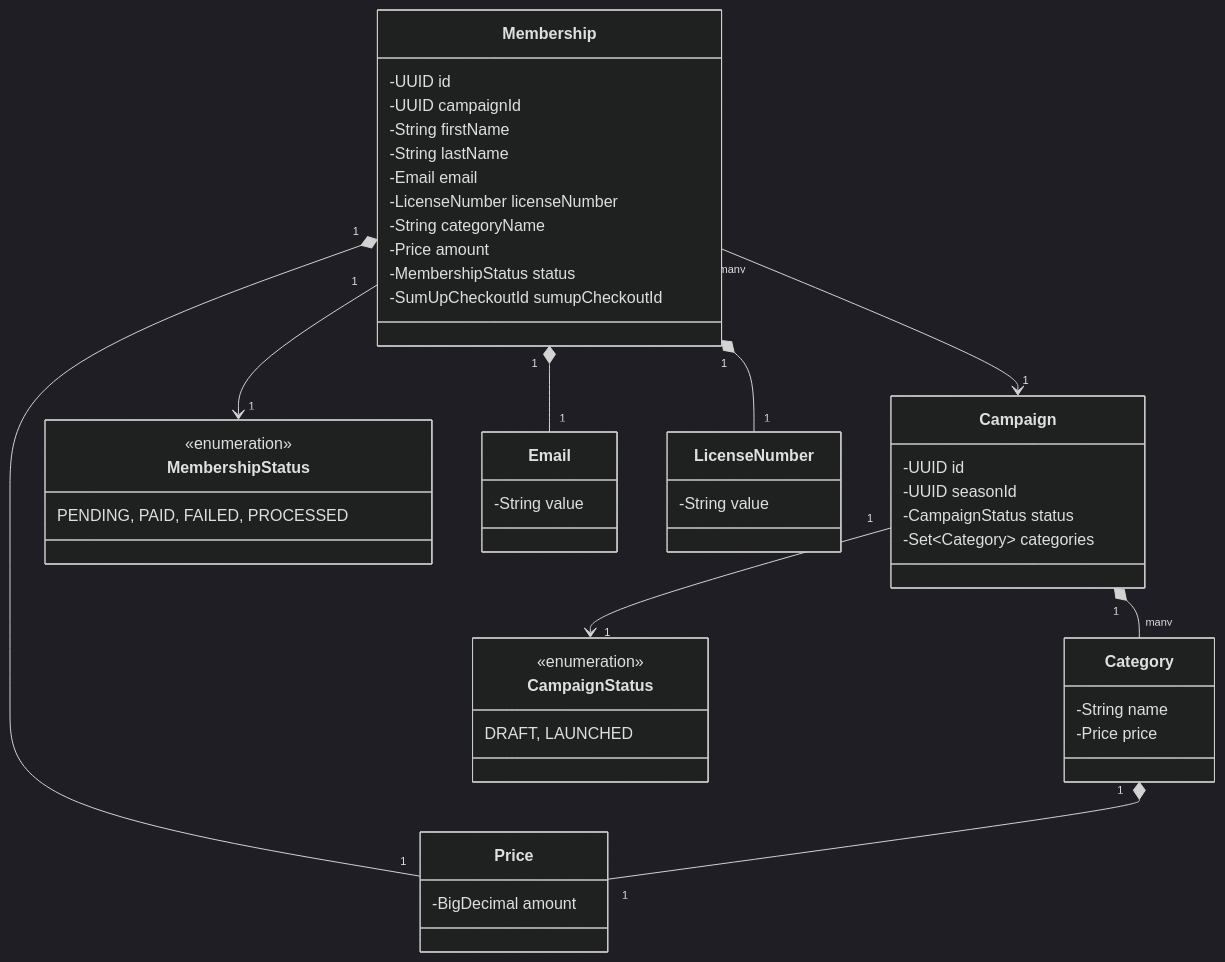
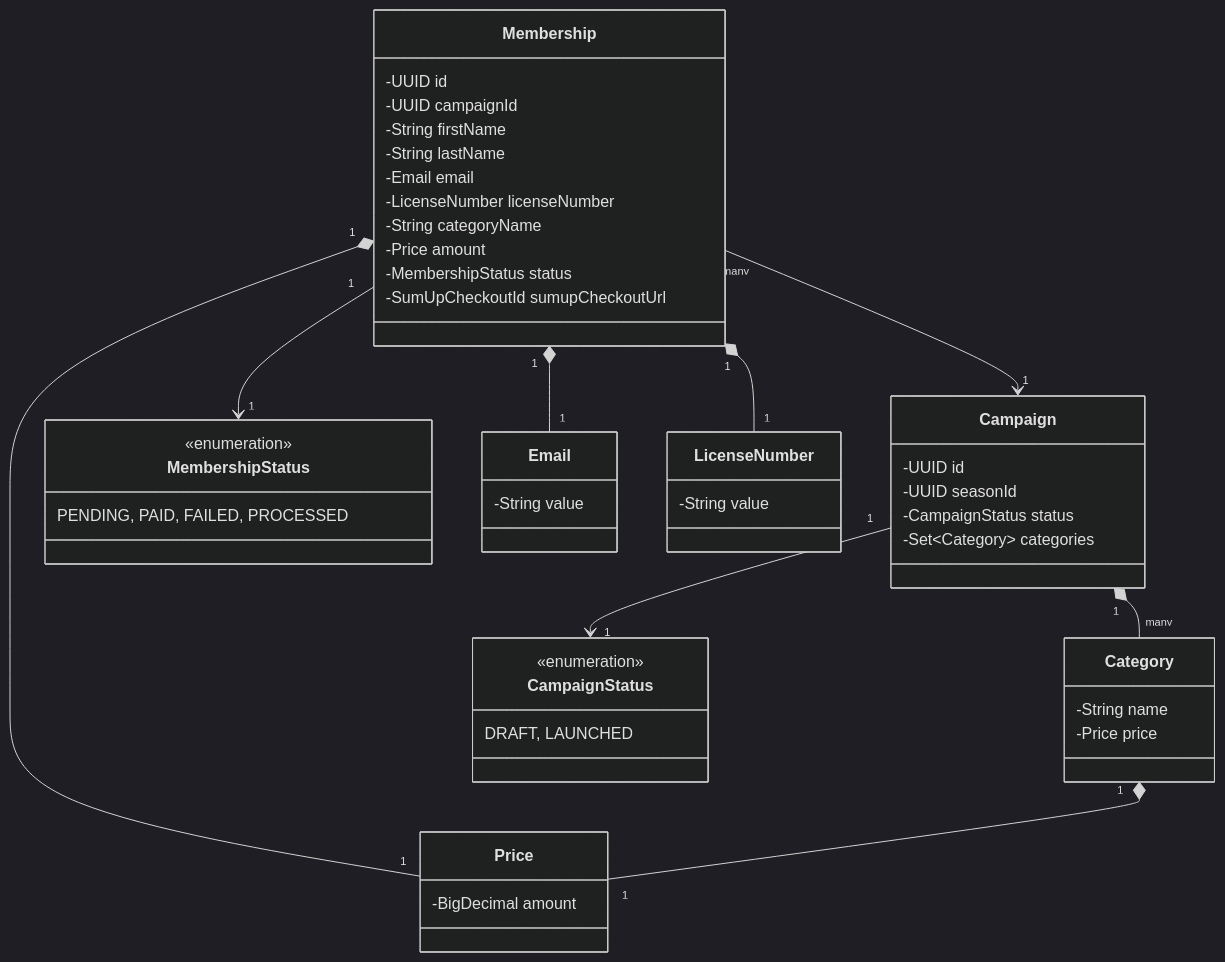
Before and after one commit to bbsebb/ashs-new: diagram 11 of 44 in docs/design_document.md, drawn with Mermaid (dark theme). The commit also changed 28 other files, not shown here.

````diff
--- a/docs/design_document.md
+++ b/docs/design_document.md
@@ -276,51 +276,51 @@
 ```mermaid
 classDiagram
     class Campaign {
         -UUID id
         -UUID seasonId
         -CampaignStatus status
         -Set~Category~ categories
     }
     class Category {
         -String name
         -Price price
     }
     class Membership {
         -UUID id
         -UUID campaignId
         -String firstName
         -String lastName
         -Email email
         -LicenseNumber licenseNumber
         -String categoryName
         -Price amount
         -MembershipStatus status
-        -SumUpCheckoutId sumupCheckoutId
+        -SumUpCheckoutId sumupCheckoutUrl
     }
     class CampaignStatus {
         <<enumeration>>
         DRAFT, LAUNCHED
     }
     class MembershipStatus {
         <<enumeration>>
         PENDING, PAID, FAILED, PROCESSED
     }
     class Price {
         -BigDecimal amount
     }
     class Email {
         -String value
     }
     class LicenseNumber {
         -String value
     }
 
     Campaign "1" *-- "many" Category
     Campaign "1" --> "1" CampaignStatus
     Membership "many" --> "1" Campaign
     Membership "1" --> "1" MembershipStatus
     Membership "1" *-- "1" Email
     Membership "1" *-- "1" LicenseNumber
     Membership "1" *-- "1" Price
     Category "1" *-- "1" Price
 ```
````
